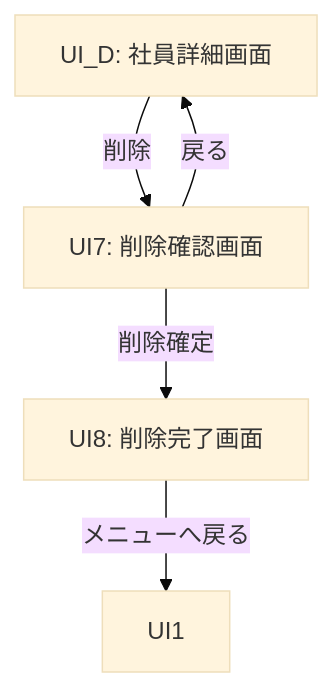
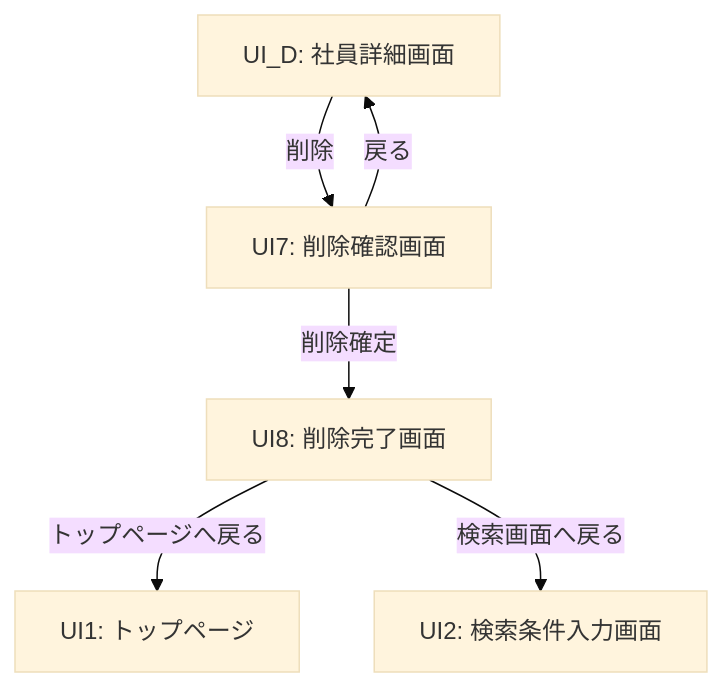
Before and after one commit to juyeongjung1/NewEIMS: the sixth of 8 diagrams in EIMS_Comprehensive_Exercise_Guide.md, drawn with Mermaid (base theme). The commit also changed other lines of this file, not shown here.

Commit message:
UIフロー図の各画面に「トップページへ戻る」「検索画面へ戻る」の両方のルートを追加（メニューへ戻るを廃止）

````diff
--- a/EIMS_Comprehensive_Exercise_Guide.md
+++ b/EIMS_Comprehensive_Exercise_Guide.md
@@ -597,9 +603,10 @@
 ```mermaid
 flowchart TD
     UI_D[UI_D: 社員詳細画面] -- "削除" --> UI7[UI7: 削除確認画面]
     
     UI7 -- "削除確定" --> UI8[UI8: 削除完了画面]
     UI7 -- "戻る" --> UI_D
     
-    UI8 -->|"メニューへ戻る"| UI1
+    UI8 -->|"トップページへ戻る"| UI1[UI1: トップページ]
+    UI8 -->|"検索画面へ戻る"| UI2[UI2: 検索条件入力画面]
 ```
````
